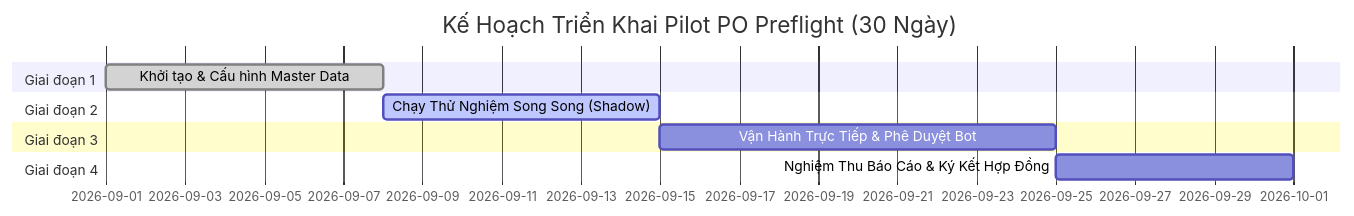
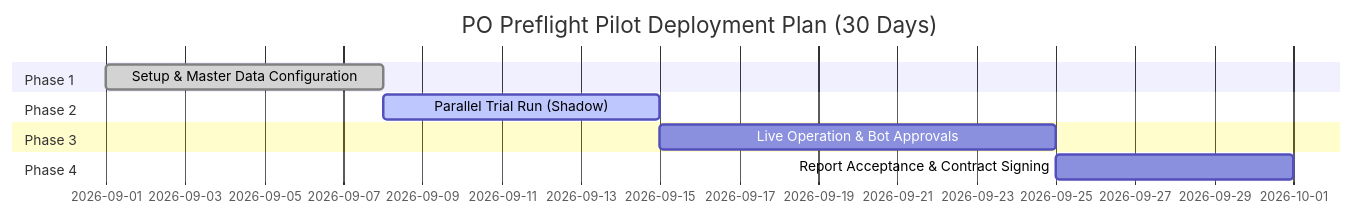
One commit to brianhuynh2021/po-preflight changed the diagram in docs/PILOT_PLAYBOOK.md. Above: the diagram before and after it, drawn with Mermaid. The commit also changed other lines of this file and 21 other files, not shown here.

````diff
--- a/docs/PILOT_PLAYBOOK.md
+++ b/docs/PILOT_PLAYBOOK.md
@@ -56,13 +56,13 @@
 ```mermaid
 gantt
-    title Kế Hoạch Triển Khai Pilot PO Preflight (30 Ngày)
+    title PO Preflight Pilot Deployment Plan (30 Days)
     dateFormat  YYYY-MM-DD
-    section Giai đoạn 1
-    Khởi tạo & Cấu hình Master Data      :done,    des1, 2026-09-01, 7d
-    section Giai đoạn 2
-    Chạy Thử Nghiệm Song Song (Shadow)   :active,  des2, 2026-09-08, 7d
-    section Giai đoạn 3
-    Vận Hành Trực Tiếp & Phê Duyệt Bot   :         des3, 2026-09-15, 10d
-    section Giai đoạn 4
-    Nghiệm Thu Báo Cáo & Ký Kết Hợp Đồng :         des4, 2026-09-25, 6d
+    section Phase 1
+    Setup & Master Data Configuration     :done,    des1, 2026-09-01, 7d
+    section Phase 2
+    Parallel Trial Run (Shadow)           :active,  des2, 2026-09-08, 7d
+    section Phase 3
+    Live Operation & Bot Approvals        :         des3, 2026-09-15, 10d
+    section Phase 4
+    Report Acceptance & Contract Signing  :         des4, 2026-09-25, 6d
 ```
````
